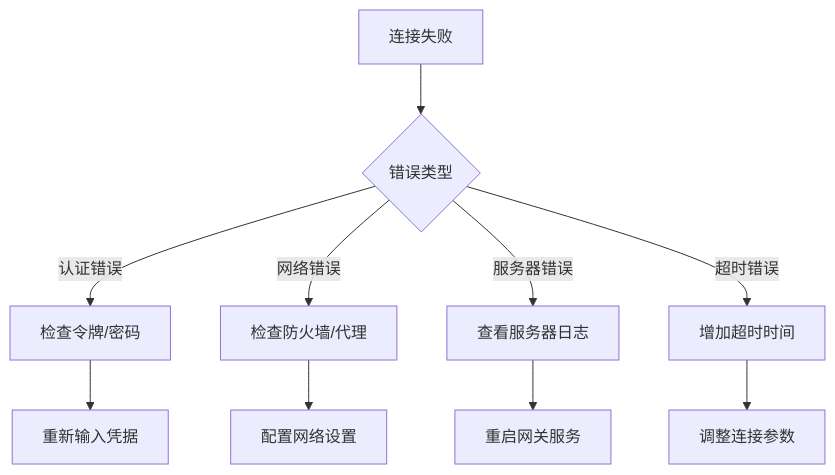
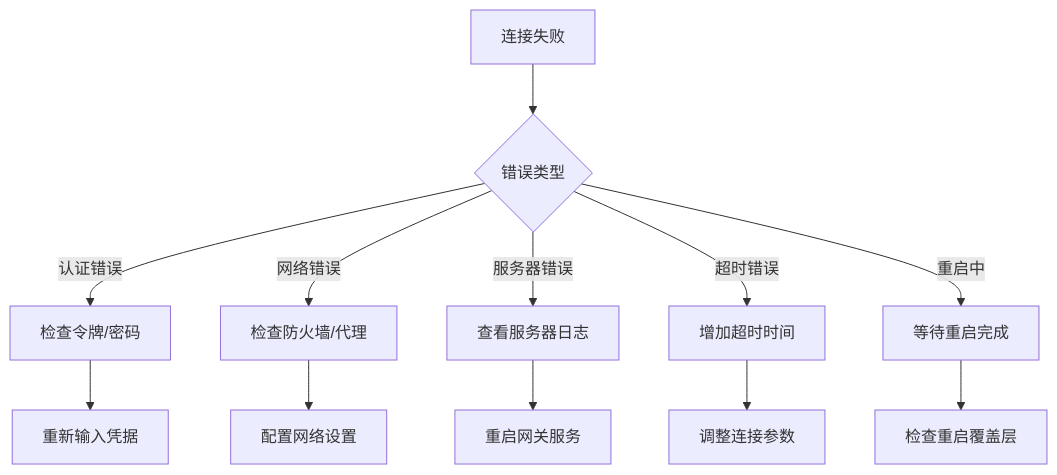
One commit to verse-ai-org/openclaw changed the eighth of 8 diagrams in .qoder/repowiki/zh/content/Web界面/UI组件系统/网关状态指示器.md. Above: the diagram before and after it, drawn with Mermaid. The commit also changed other lines of this file and 19 other files, not shown here.

````diff
--- a/.qoder/repowiki/zh/content/Web界面/UI组件系统/网关状态指示器.md
+++ b/.qoder/repowiki/zh/content/Web界面/UI组件系统/网关状态指示器.md
@@ -313,12 +389,14 @@
 ```mermaid
 flowchart TD
 A[连接失败] --> B{错误类型}
 B --> |认证错误| C[检查令牌/密码]
 B --> |网络错误| D[检查防火墙/代理]
 B --> |服务器错误| E[查看服务器日志]
 B --> |超时错误| F[增加超时时间]
-C --> G[重新输入凭据]
-D --> H[配置网络设置]
-E --> I[重启网关服务]
-F --> J[调整连接参数]
+B --> |重启中| G[等待重启完成]
+C --> H[重新输入凭据]
+D --> I[配置网络设置]
+E --> J[重启网关服务]
+F --> K[调整连接参数]
+G --> L[检查重启覆盖层]
 ```
````
